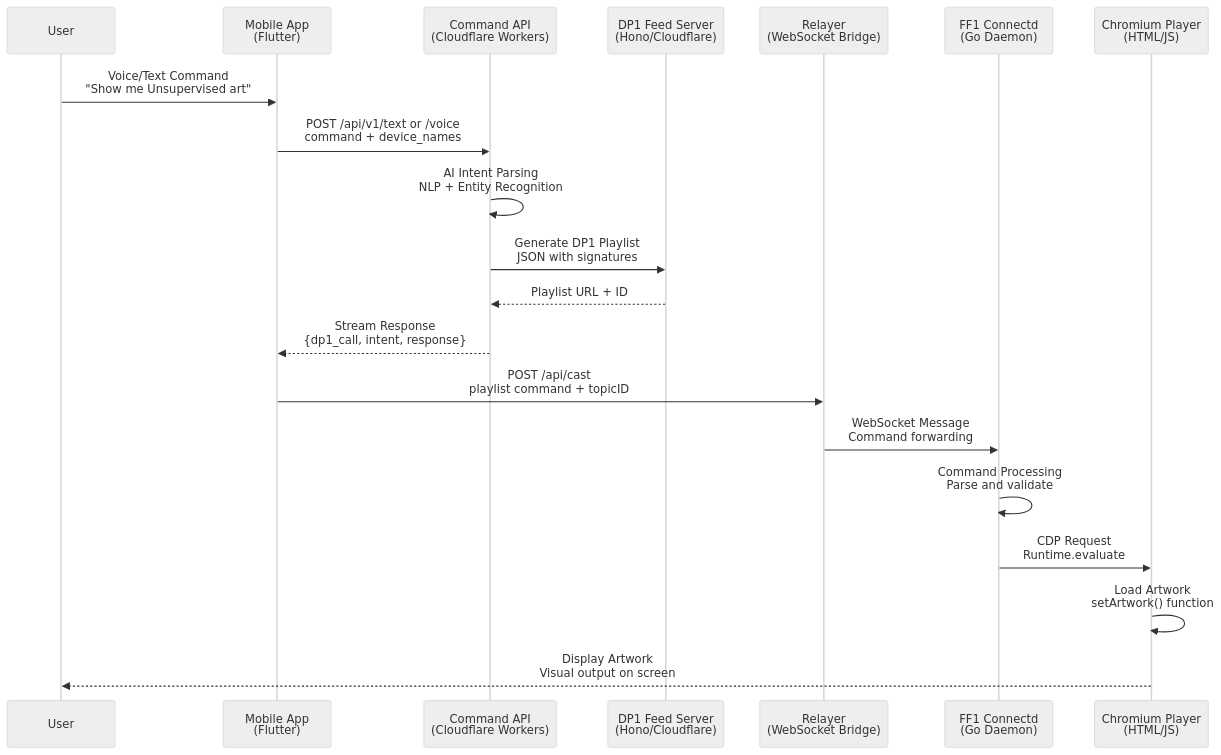
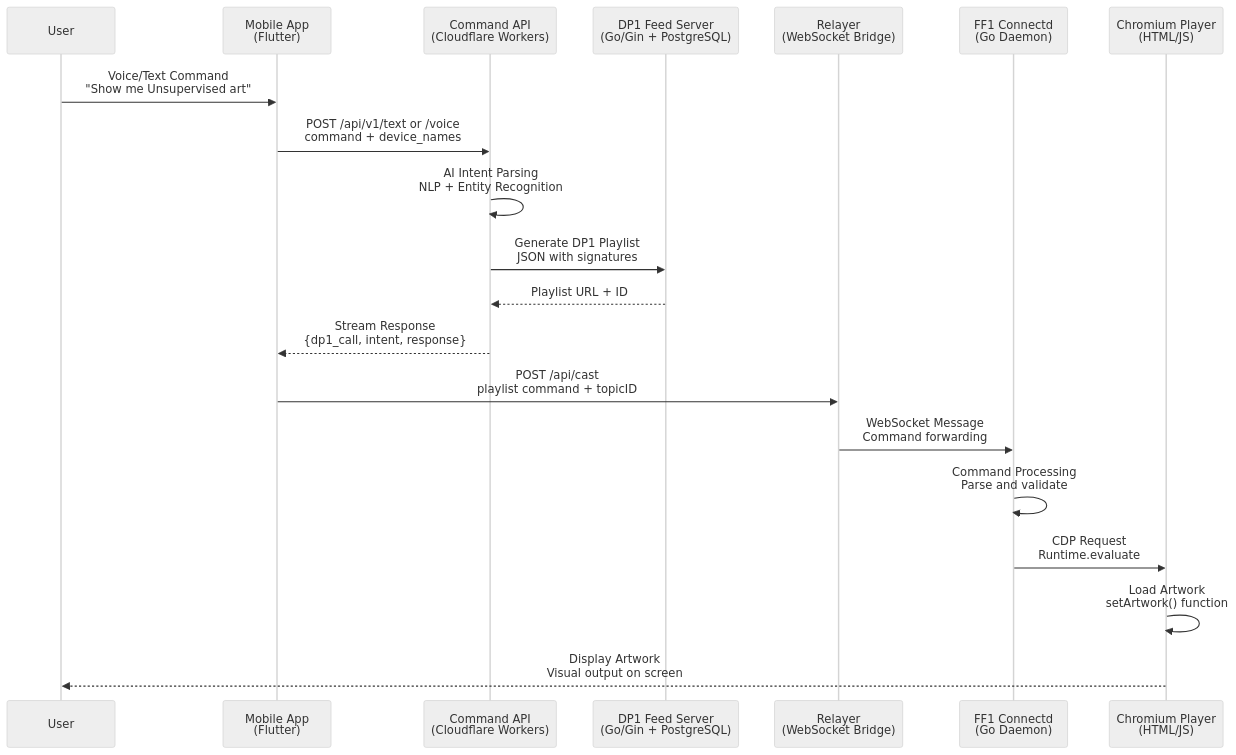
The diagram in docs/ff1/how-it-works/display.md (feral-file/docs), drawn with Mermaid (neutral theme) before and after one commit. The commit also changed other lines of this file and 5 other files, not shown here.

````diff
--- a/docs/ff1/how-it-works/display.md
+++ b/docs/ff1/how-it-works/display.md
@@ -27,27 +27,27 @@
 ```mermaid
 sequenceDiagram
     participant User
     participant Mobile as Mobile App<br/>(Flutter)
     participant CommandAPI as Command API<br/>(Cloudflare Workers)
-    participant DP1Feed as DP1 Feed Server<br/>(Hono/Cloudflare)
+    participant DP1Feed as DP1 Feed Server<br/>(Go/Gin + PostgreSQL)
     participant Relayer as Relayer<br/>(WebSocket Bridge)
     participant Connectd as FF1 Connectd<br/>(Go Daemon)
     participant Player as Chromium Player<br/>(HTML/JS)
 
     User->>Mobile: Voice/Text Command<br/>"Show me Unsupervised art"
     
     Mobile->>CommandAPI: POST /api/v1/text or /voice<br/>command + device_names
     CommandAPI->>CommandAPI: AI Intent Parsing<br/>NLP + Entity Recognition
     CommandAPI->>DP1Feed: Generate DP1 Playlist<br/>JSON with signatures
     DP1Feed-->>CommandAPI: Playlist URL + ID
     CommandAPI-->>Mobile: Stream Response<br/>{dp1_call, intent, response}
     
     Mobile->>Relayer: POST /api/cast<br/>playlist command + topicID
     Relayer->>Connectd: WebSocket Message<br/>Command forwarding
     
     Connectd->>Connectd: Command Processing<br/>Parse and validate
     Connectd->>Player: CDP Request<br/>Runtime.evaluate
     Player->>Player: Load Artwork<br/>setArtwork() function
     
     Player-->>User: Display Artwork<br/>Visual output on screen
 ```
````
